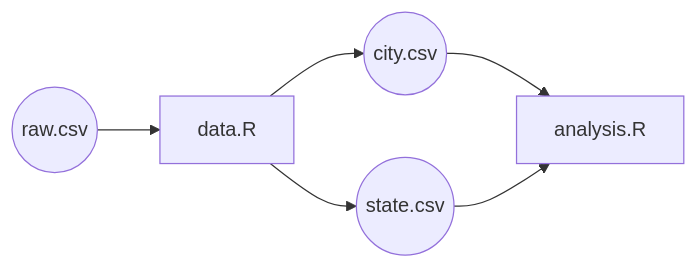
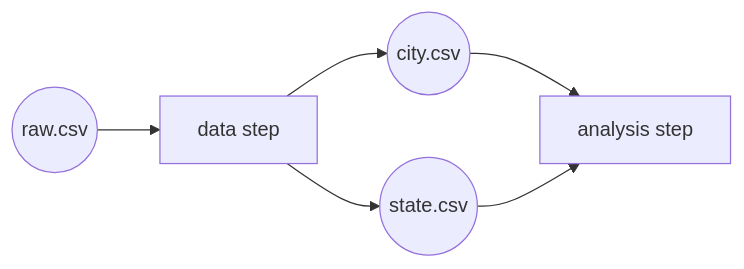
The second of 4 diagrams in docs/building-with-make.md (recap-org/recap-org.github.io), drawn with Mermaid before and after one commit. The commit also changed other lines of this file, not shown here.

````diff
--- a/docs/building-with-make.md
+++ b/docs/building-with-make.md
@@ -50,13 +194,14 @@
 ```mermaid
 flowchart LR;
-    r((raw.csv))
-    d[data.R]
-    c((city.csv))
-    s((state.csv))
-    a[analysis.R]
-    r-->d;
-    d-->c;
-    d-->s;
-    c-->a;
-    s-->a;
+    raw((raw.csv))
+    data[data step]
+    city((city.csv))
+    state((state.csv))
+    analysis[analysis step]
+
+    raw --> data
+    data --> city
+    data --> state
+    city --> analysis
+    state --> analysis
 ```
````
